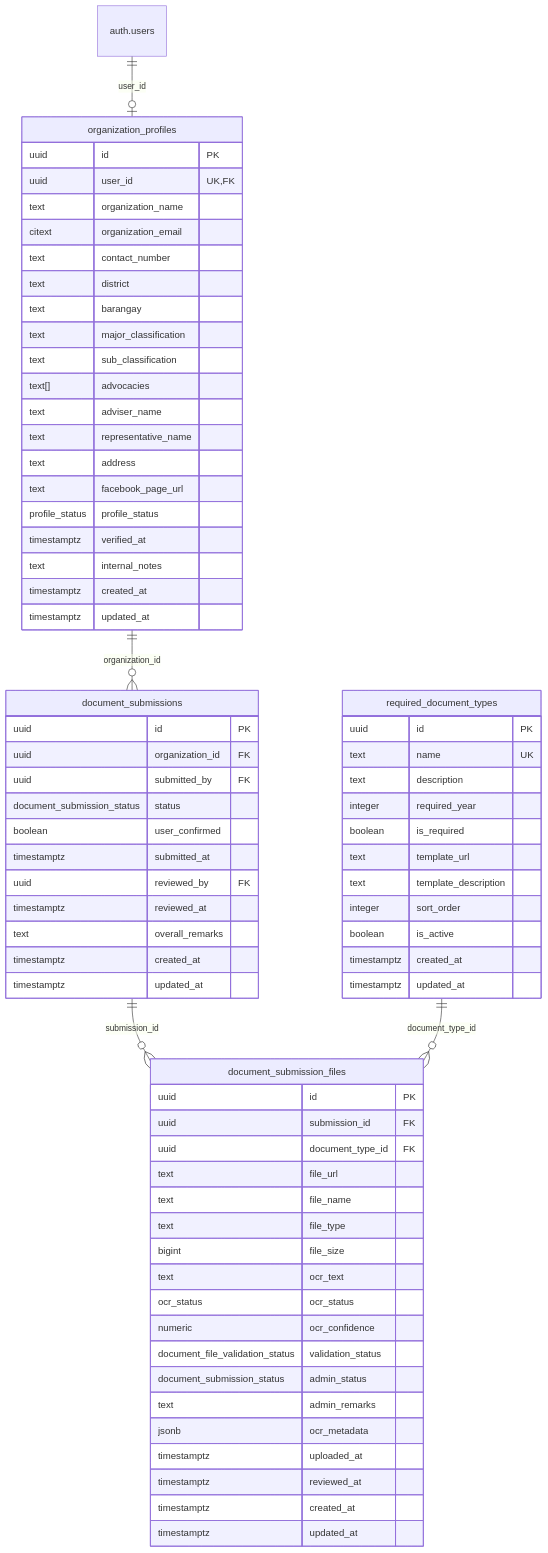
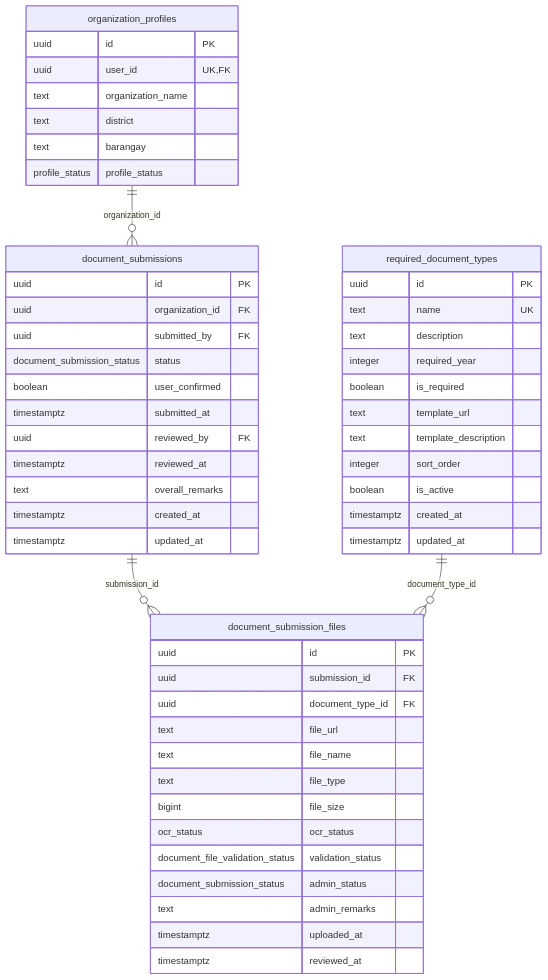
Before and after one commit to txiaoqt/lydo-connect-org-focused: the third of 6 diagrams in Methodology/3.2.4-Database-Schema.md, drawn with Mermaid. The commit also changed other lines of this file and 12 other files, not shown here.

````diff
--- a/Methodology/3.2.4-Database-Schema.md
+++ b/Methodology/3.2.4-Database-Schema.md
@@ -405,78 +481,59 @@
 ```mermaid
 erDiagram
     organization_profiles {
         uuid id PK
         uuid user_id UK, FK
         text organization_name
-        citext organization_email
-        text contact_number
         text district
         text barangay
-        text major_classification
-        text sub_classification
-        text[] advocacies
-        text adviser_name
-        text representative_name
-        text address
-        text facebook_page_url
         profile_status profile_status
-        timestamptz verified_at
-        text internal_notes
-        timestamptz created_at
-        timestamptz updated_at
     }
 
     required_document_types {
         uuid id PK
         text name UK
         text description
         integer required_year
         boolean is_required
         text template_url
         text template_description
         integer sort_order
         boolean is_active
         timestamptz created_at
         timestamptz updated_at
     }
 
     document_submissions {
         uuid id PK
         uuid organization_id FK
         uuid submitted_by FK
         document_submission_status status
         boolean user_confirmed
         timestamptz submitted_at
         uuid reviewed_by FK
         timestamptz reviewed_at
         text overall_remarks
         timestamptz created_at
         timestamptz updated_at
     }
 
     document_submission_files {
         uuid id PK
         uuid submission_id FK
         uuid document_type_id FK
         text file_url
         text file_name
         text file_type
         bigint file_size
-        text ocr_text
         ocr_status ocr_status
-        numeric ocr_confidence
         document_file_validation_status validation_status
         document_submission_status admin_status
         text admin_remarks
-        jsonb ocr_metadata
         timestamptz uploaded_at
         timestamptz reviewed_at
-        timestamptz created_at
-        timestamptz updated_at
     }
 
-    auth.users ||--o| organization_profiles : user_id
     organization_profiles ||--o{ document_submissions : organization_id
     document_submissions ||--o{ document_submission_files : submission_id
     required_document_types ||--o{ document_submission_files : document_type_id
 ```
````
